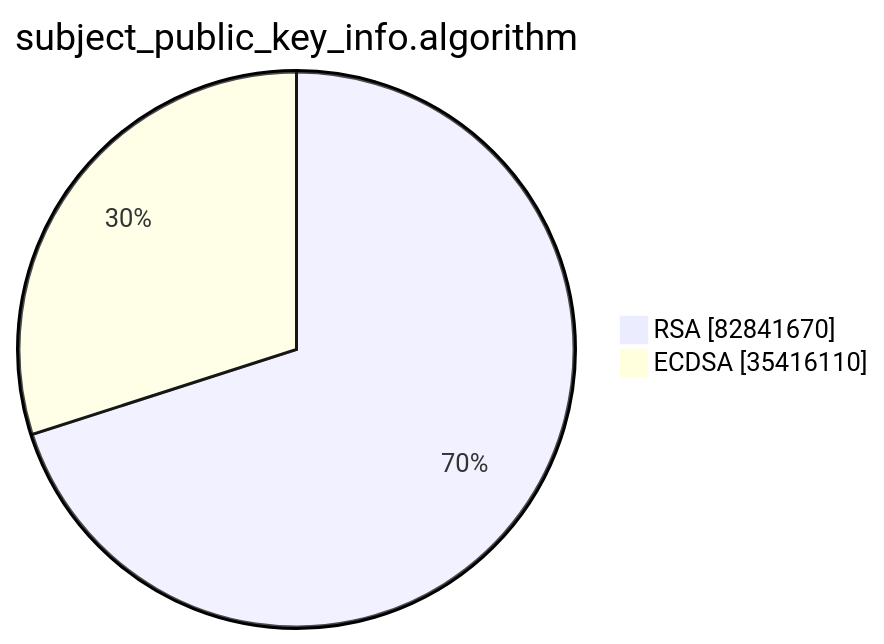
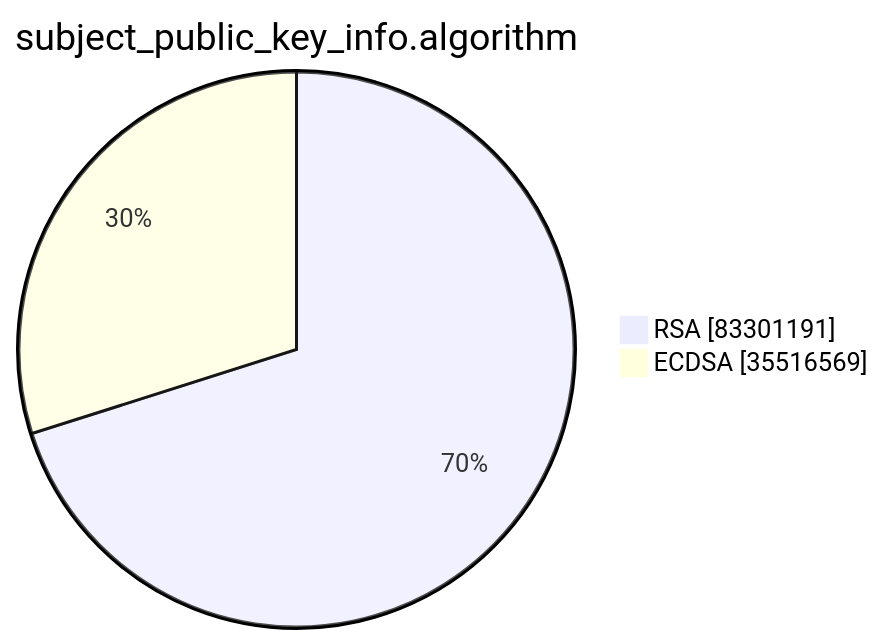
Before and after one commit to christiankrug/ctmonitor_visualization: the second of 15 diagrams in argon2023/README.md, drawn with Mermaid. The commit also changed other lines of this file, not shown here.

````diff
--- a/argon2023/README.md
+++ b/argon2023/README.md
@@ -6,6 +6,6 @@
 ```mermaid
 pie showData
 title subject_public_key_info.algorithm
-"RSA" :82841670
-"ECDSA" :35416110
+"RSA" :83301191
+"ECDSA" :35516569
 ```
````
